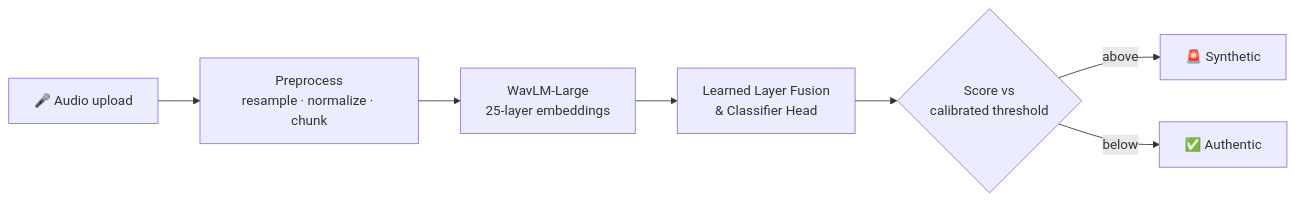
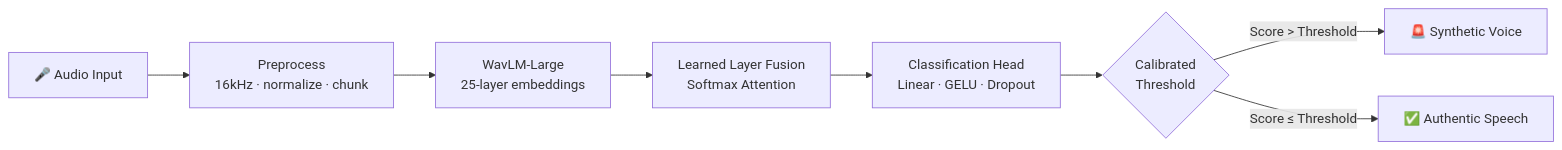
The diagram in README.md (cadleedsouzaa/cadleedsouzaa), drawn with Mermaid before and after one commit. The commit also changed other lines of this file, not shown here.

````diff
--- a/README.md
+++ b/README.md
@@ -38,9 +32,10 @@
 ```mermaid
 flowchart LR
-    A[🎤 Audio upload] --> B[Preprocess<br/>resample · normalize · chunk]
+    A[🎤 Audio Input] --> B[Preprocess<br/>16kHz · normalize · chunk]
     B --> C[WavLM-Large<br/>25-layer embeddings]
-    C --> D[Learned Layer Fusion<br/>& Classifier Head]
-    D --> E{Score vs<br/>calibrated threshold}
-    E -->|above| F[🚨 Synthetic]
-    E -->|below| G[✅ Authentic]
+    C --> D[Learned Layer Fusion<br/>Softmax Attention]
+    D --> E[Classification Head<br/>Linear · GELU · Dropout]
+    E --> F{Calibrated<br/>Threshold}
+    F -->|Score > Threshold| G[🚨 Synthetic Voice]
+    F -->|Score ≤ Threshold| H[✅ Authentic Speech]
 ```
````
